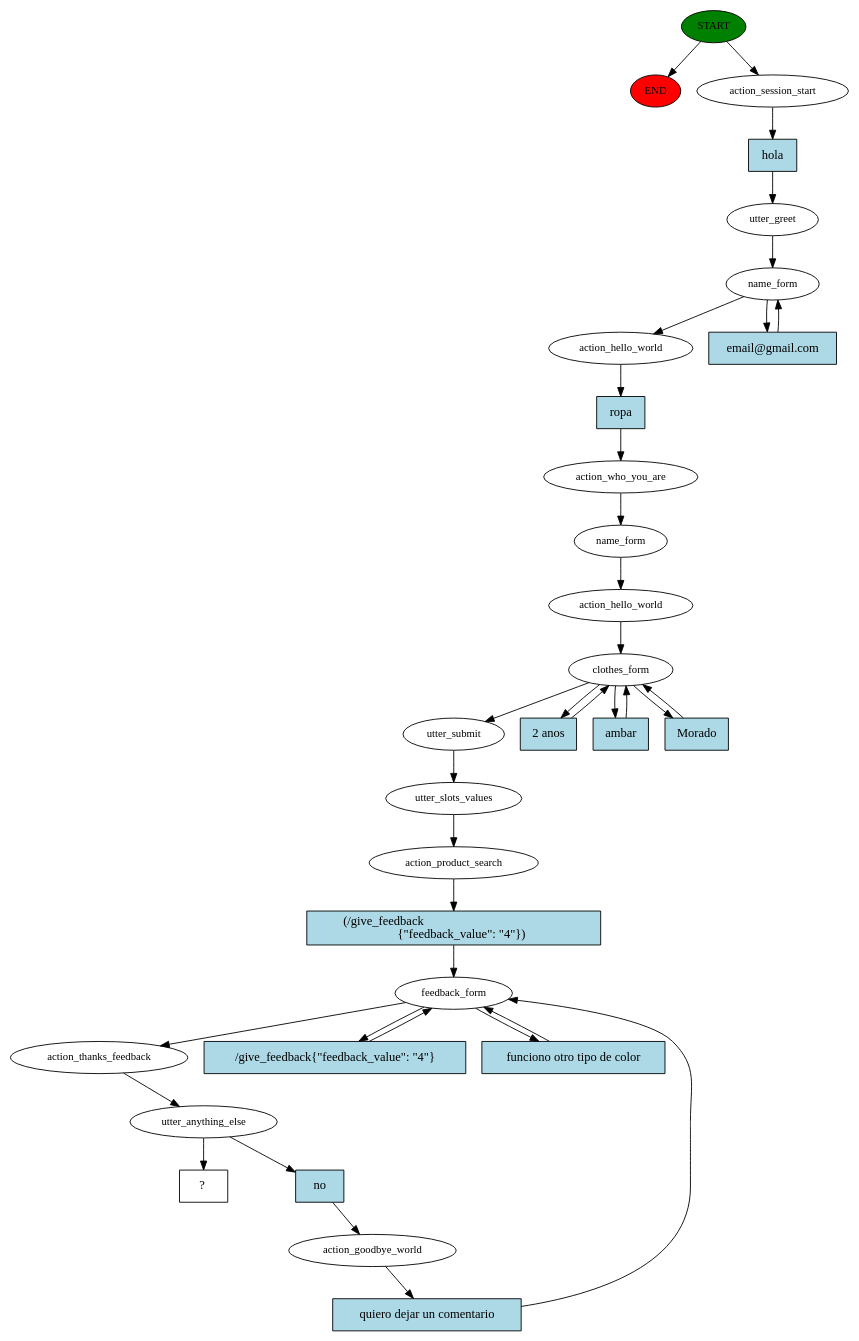
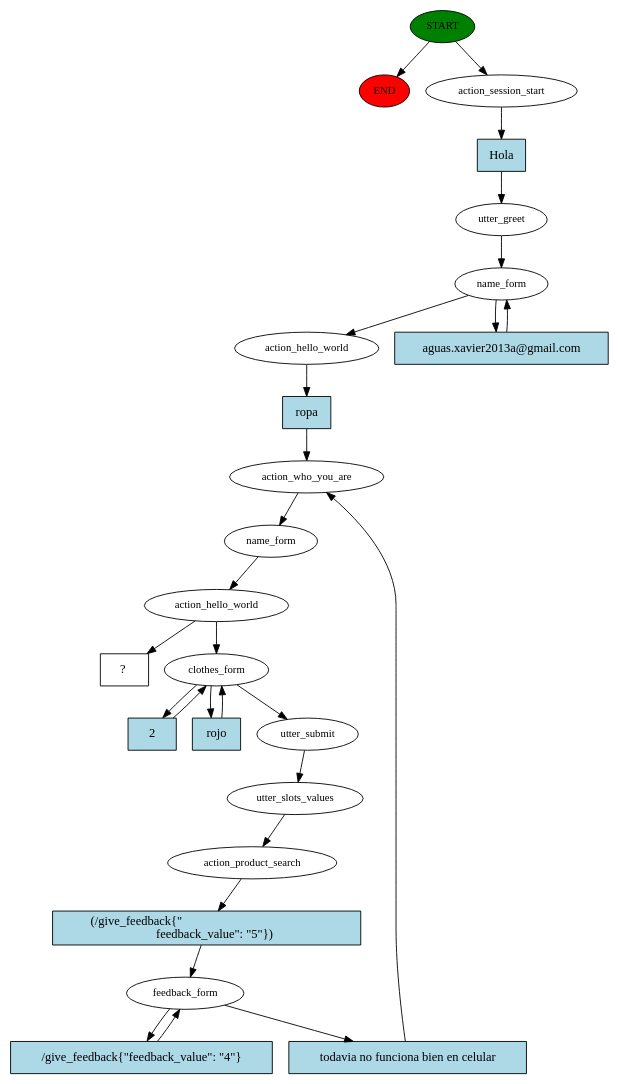
The diagram in story_graph.dot (kabirivan/Ecommerce-Assistant-Jasmine), drawn with Graphviz before and after one commit. The commit also changed 5 other files, not shown here.

```diff
--- a/story_graph.dot
+++ b/story_graph.dot
@@ -1,66 +1,52 @@
 digraph  {
 0 [class="start active", fillcolor=green, fontsize=12, label=START, style=filled];
 "-1" [class=end, fillcolor=red, fontsize=12, label=END, style=filled];
 1 [class=active, fontsize=12, label=action_session_start];
 2 [class=active, fontsize=12, label=utter_greet];
 3 [class=active, fontsize=12, label=name_form];
 6 [class=active, fontsize=12, label=action_hello_world];
 7 [class=active, fontsize=12, label=action_who_you_are];
 8 [class=active, fontsize=12, label=name_form];
 9 [class=active, fontsize=12, label=action_hello_world];
 10 [class=active, fontsize=12, label=clothes_form];
-16 [class=active, fontsize=12, label=utter_submit];
-17 [class=active, fontsize=12, label=utter_slots_values];
-18 [class=active, fontsize=12, label=action_product_search];
-19 [class=active, fontsize=12, label=feedback_form];
-22 [class=active, fontsize=12, label=action_thanks_feedback];
-23 [class=active, fontsize=12, label=utter_anything_else];
-24 [class=active, fontsize=12, label=action_goodbye_world];
-28 [class="intent dashed active", label="  ?  ", shape=rect];
-29 [class="intent active", fillcolor=lightblue, label=hola, shape=rect, style=filled];
-30 [class="intent active", fillcolor=lightblue, label="email@gmail.com", shape=rect, style=filled];
-31 [class="intent active", fillcolor=lightblue, label=ropa, shape=rect, style=filled];
-32 [class="intent active", fillcolor=lightblue, label="2 anos", shape=rect, style=filled];
-33 [class="intent active", fillcolor=lightblue, label=ambar, shape=rect, style=filled];
-34 [class="intent active", fillcolor=lightblue, label=Morado, shape=rect, style=filled];
-35 [class="intent active", fillcolor=lightblue, label="(/give_feedback                                             \n      {\"feedback_value\": \"4\"})", shape=rect, style=filled];
-36 [class="intent active", fillcolor=lightblue, label="/give_feedback{\"feedback_value\": \"4\"}", shape=rect, style=filled];
-37 [class="intent active", fillcolor=lightblue, label="funciono otro tipo de color", shape=rect, style=filled];
-38 [class="intent active", fillcolor=lightblue, label=no, shape=rect, style=filled];
-39 [class="intent active", fillcolor=lightblue, label="quiero dejar un comentario", shape=rect, style=filled];
+15 [class=active, fontsize=12, label=utter_submit];
+16 [class=active, fontsize=12, label=utter_slots_values];
+17 [class=active, fontsize=12, label=action_product_search];
+18 [class=active, fontsize=12, label=feedback_form];
+23 [class="intent dashed active", label="  ?  ", shape=rect];
+24 [class="intent active", fillcolor=lightblue, label=Hola, shape=rect, style=filled];
+25 [class="intent active", fillcolor=lightblue, label="aguas.xavier2013a@gmail.com", shape=rect, style=filled];
+26 [class="intent active", fillcolor=lightblue, label=ropa, shape=rect, style=filled];
+27 [class="intent active", fillcolor=lightblue, label=2, shape=rect, style=filled];
+28 [class="intent active", fillcolor=lightblue, label=rojo, shape=rect, style=filled];
+29 [class="intent active", fillcolor=lightblue, label="(/give_feedback{\"                                             \n      feedback_value\": \"5\"})", shape=rect, style=filled];
+30 [class="intent active", fillcolor=lightblue, label="todavia no funciona bien en celular", shape=rect, style=filled];
+31 [class="intent active", fillcolor=lightblue, label="/give_feedback{\"feedback_value\": \"4\"}", shape=rect, style=filled];
 0 -> "-1"  [class="", key=NONE, label=""];
 0 -> 1  [class=active, key=NONE, label=""];
-1 -> 29  [class=active, key=0];
+1 -> 24  [class=active, key=0];
 2 -> 3  [class=active, key=NONE, label=""];
 3 -> 6  [class=active, key=NONE, label=""];
-3 -> 30  [class=active, key=0];
-6 -> 31  [class=active, key=0];
+3 -> 25  [class=active, key=0];
+6 -> 26  [class=active, key=0];
 7 -> 8  [class=active, key=NONE, label=""];
 8 -> 9  [class=active, key=NONE, label=""];
 9 -> 10  [class=active, key=NONE, label=""];
-10 -> 16  [class=active, key=NONE, label=""];
-10 -> 32  [class=active, key=0];
-10 -> 33  [class=active, key=0];
-10 -> 34  [class=active, key=0];
+9 -> 23  [class=active, key=NONE, label=""];
+10 -> 15  [class=active, key=NONE, label=""];
+10 -> 27  [class=active, key=0];
+10 -> 28  [class=active, key=0];
+15 -> 16  [class=active, key=NONE, label=""];
 16 -> 17  [class=active, key=NONE, label=""];
-17 -> 18  [class=active, key=NONE, label=""];
-18 -> 35  [class=active, key=0];
-19 -> 22  [class=active, key=NONE, label=""];
-19 -> 36  [class=active, key=0];
-19 -> 37  [class=active, key=0];
-22 -> 23  [class=active, key=NONE, label=""];
-23 -> 28  [class=active, key=NONE, label=""];
-23 -> 38  [class=active, key=0];
-24 -> 39  [class=active, key=0];
-29 -> 2  [class=active, key=0];
-30 -> 3  [class=active, key=0];
-31 -> 7  [class=active, key=0];
-32 -> 10  [class=active, key=0];
-33 -> 10  [class=active, key=0];
-34 -> 10  [class=active, key=0];
-35 -> 19  [class=active, key=0];
-36 -> 19  [class=active, key=0];
-37 -> 19  [class=active, key=0];
-38 -> 24  [class=active, key=0];
-39 -> 19  [class=active, key=0];
+17 -> 29  [class=active, key=0];
+18 -> 30  [class=active, key=0];
+18 -> 31  [class=active, key=0];
+24 -> 2  [class=active, key=0];
+25 -> 3  [class=active, key=0];
+26 -> 7  [class=active, key=0];
+27 -> 10  [class=active, key=0];
+28 -> 10  [class=active, key=0];
+29 -> 18  [class=active, key=0];
+30 -> 7  [class=active, key=0];
+31 -> 18  [class=active, key=0];
 }
```
